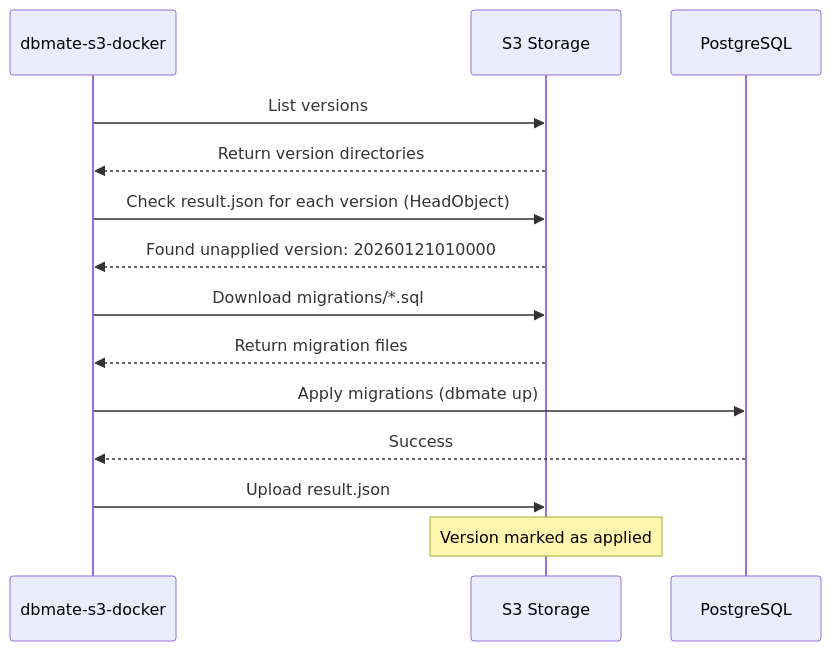
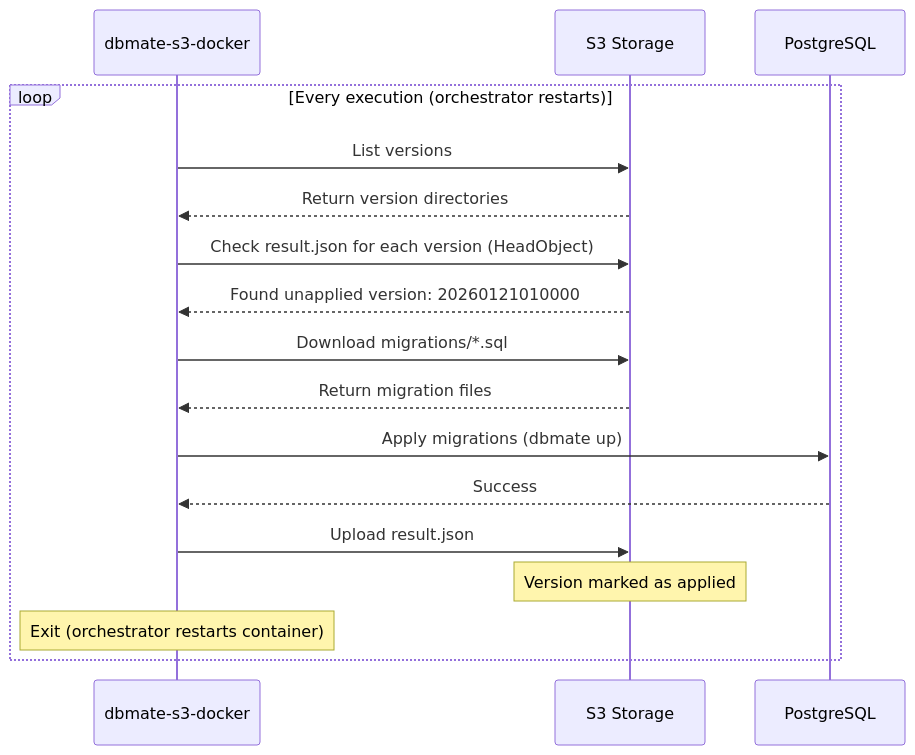
The second of 2 diagrams in README.md (tokuhirom/dbmate-s3-docker), drawn with Mermaid before and after one commit.

Commit message:
Add loop structure back to execution phase diagram
Show that the daemon process loops (via orchestrator restarts) while
keeping the diagram simple without explicit orchestrator interactions.

The loop label indicates "Every execution (orchestrator restarts)" and
a note at the end explains the exit/restart pattern.

````diff
--- a/README.md
+++ b/README.md
@@ -37,20 +37,23 @@
 ```mermaid
 sequenceDiagram
     participant Daemon as dbmate-s3-docker
     participant S3 as S3 Storage
     participant DB as PostgreSQL
 
-    Daemon->>S3: List versions
-    S3-->>Daemon: Return version directories
-    Daemon->>S3: Check result.json for each version (HeadObject)
-    S3-->>Daemon: Found unapplied version: 20260121010000
+    loop Every execution (orchestrator restarts)
+        Daemon->>S3: List versions
+        S3-->>Daemon: Return version directories
+        Daemon->>S3: Check result.json for each version (HeadObject)
+        S3-->>Daemon: Found unapplied version: 20260121010000
 
-    Daemon->>S3: Download migrations/*.sql
-    S3-->>Daemon: Return migration files
+        Daemon->>S3: Download migrations/*.sql
+        S3-->>Daemon: Return migration files
 
-    Daemon->>DB: Apply migrations (dbmate up)
-    DB-->>Daemon: Success
+        Daemon->>DB: Apply migrations (dbmate up)
+        DB-->>Daemon: Success
 
-    Daemon->>S3: Upload result.json
-    Note over S3: Version marked as applied
+        Daemon->>S3: Upload result.json
+        Note over S3: Version marked as applied
+        Note over Daemon: Exit (orchestrator restarts container)
+    end
 ```
````
